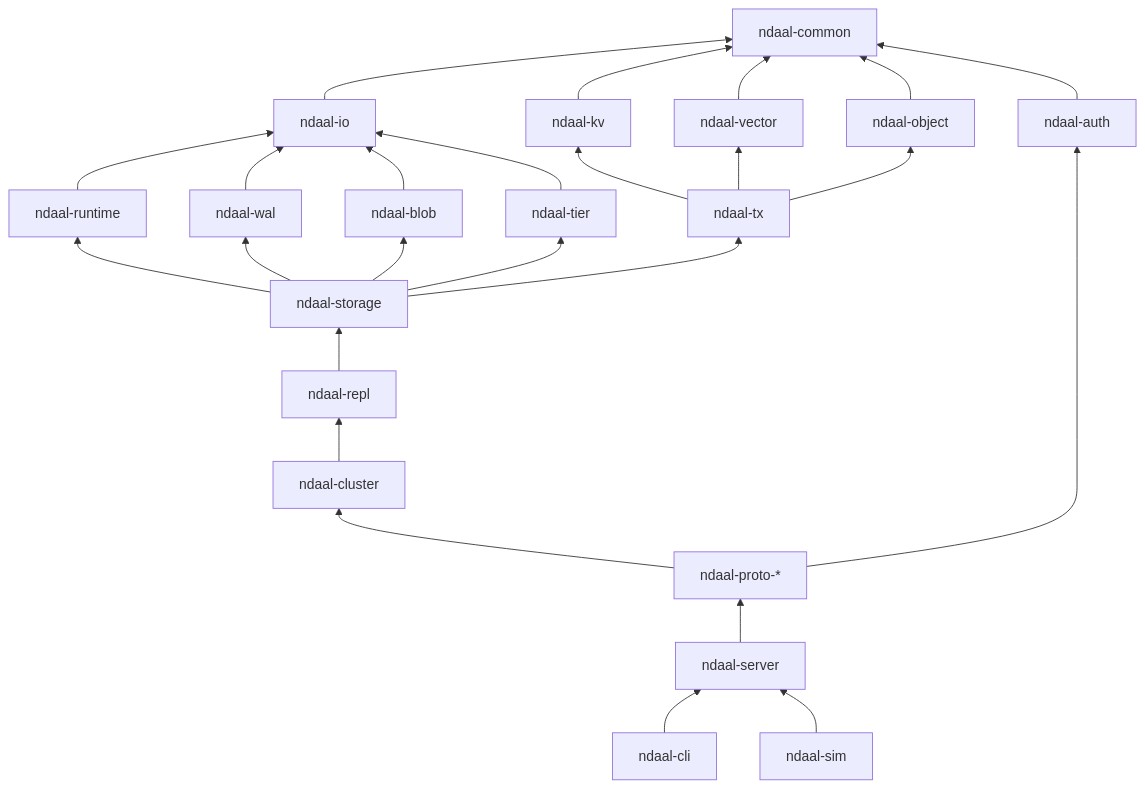
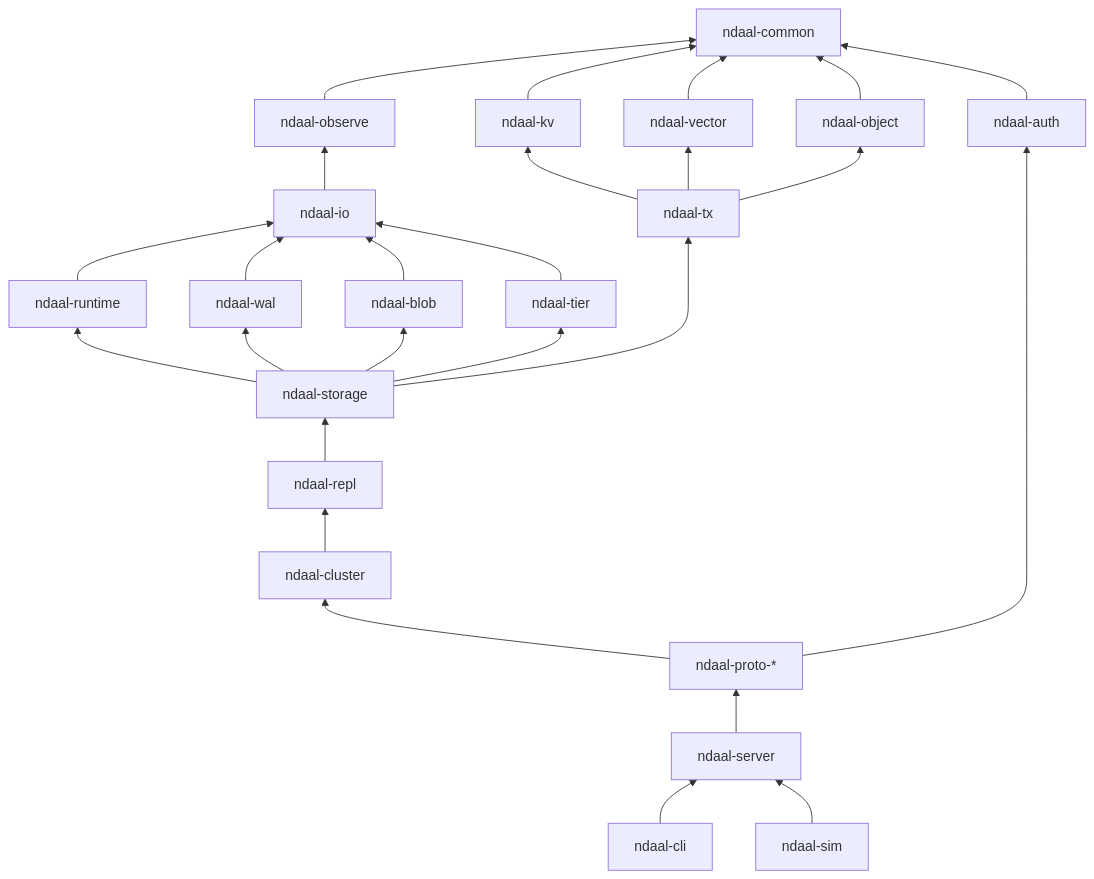
One commit to LordPhenixDeNetra/Ndaal changed the second of 6 diagrams in ARCHITECTURE.md. Above: the diagram before and after it, drawn with Mermaid. The commit also changed other lines of this file and 5 other files, not shown here.

````diff
--- a/ARCHITECTURE.md
+++ b/ARCHITECTURE.md
@@ -172,21 +172,22 @@
 ```mermaid
 flowchart BT
     common[ndaal-common]
-    io[ndaal-io] --> common
+    observe[ndaal-observe] --> common
+    io[ndaal-io] --> observe
     runtime[ndaal-runtime] --> io
     wal[ndaal-wal] --> io
     kv[ndaal-kv] --> common
     vector[ndaal-vector] --> common
     object[ndaal-object] --> common
     blob[ndaal-blob] --> io
     tier[ndaal-tier] --> io
     tx[ndaal-tx] --> kv & vector & object
     storage[ndaal-storage] --> wal & tx & tier & blob & runtime
     repl[ndaal-repl] --> storage
     cluster[ndaal-cluster] --> repl
     auth[ndaal-auth] --> common
     proto[ndaal-proto-*] --> cluster & auth
     server[ndaal-server] --> proto
     cli[ndaal-cli] --> server
     sim[ndaal-sim] --> server
 ```
````
